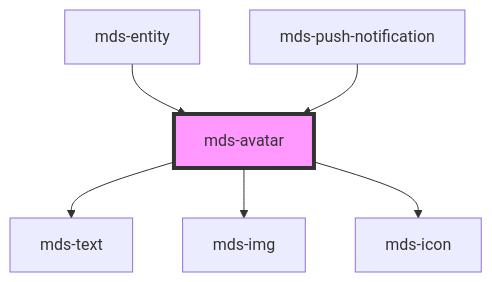
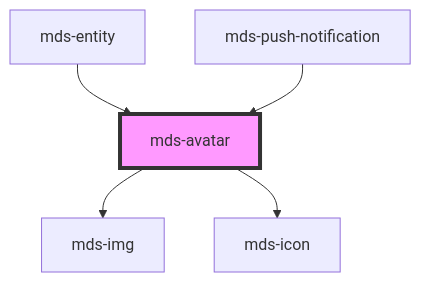
One commit to magma-design-system/magma changed the diagram in projects/stencil/src/components/mds-avatar/readme.md. Above: the diagram before and after it, drawn with Mermaid. The commit also changed other lines of this file and 3 other files, not shown here.

Commit message:
fix(mds-avatar): now initials will keep working if removed and added again

````diff
--- a/projects/stencil/src/components/mds-avatar/readme.md
+++ b/projects/stencil/src/components/mds-avatar/readme.md
@@ -123,9 +112,8 @@
 ```mermaid
 graph TD;
-  mds-avatar --> mds-text
   mds-avatar --> mds-img
   mds-avatar --> mds-icon
   mds-entity --> mds-avatar
   mds-push-notification --> mds-avatar
   style mds-avatar fill:#f9f,stroke:#333,stroke-width:4px
 ```
````
